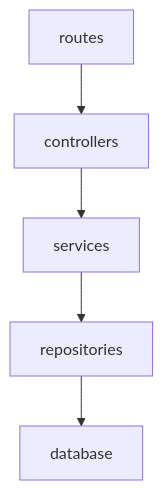
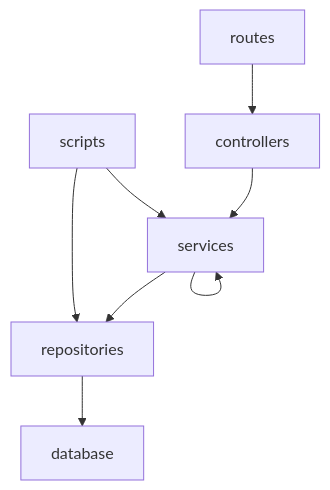
The first of 3 diagrams in docs/bruinnest-backend-architecture.md (bruinnest-team/bruinnest), drawn with Mermaid before and after one commit. The commit also changed other lines of this file and 6 other files, not shown here.

Commit message:
docs: align phase 2 specifications and architecture

````diff
--- a/docs/bruinnest-backend-architecture.md
+++ b/docs/bruinnest-backend-architecture.md
@@ -109,7 +130,10 @@
 ```mermaid
 flowchart TD
     routes --> controllers
     controllers --> services
     services --> repositories
+    services --> services
     repositories --> database
+    scripts --> services
+    scripts --> repositories
 ```
````
